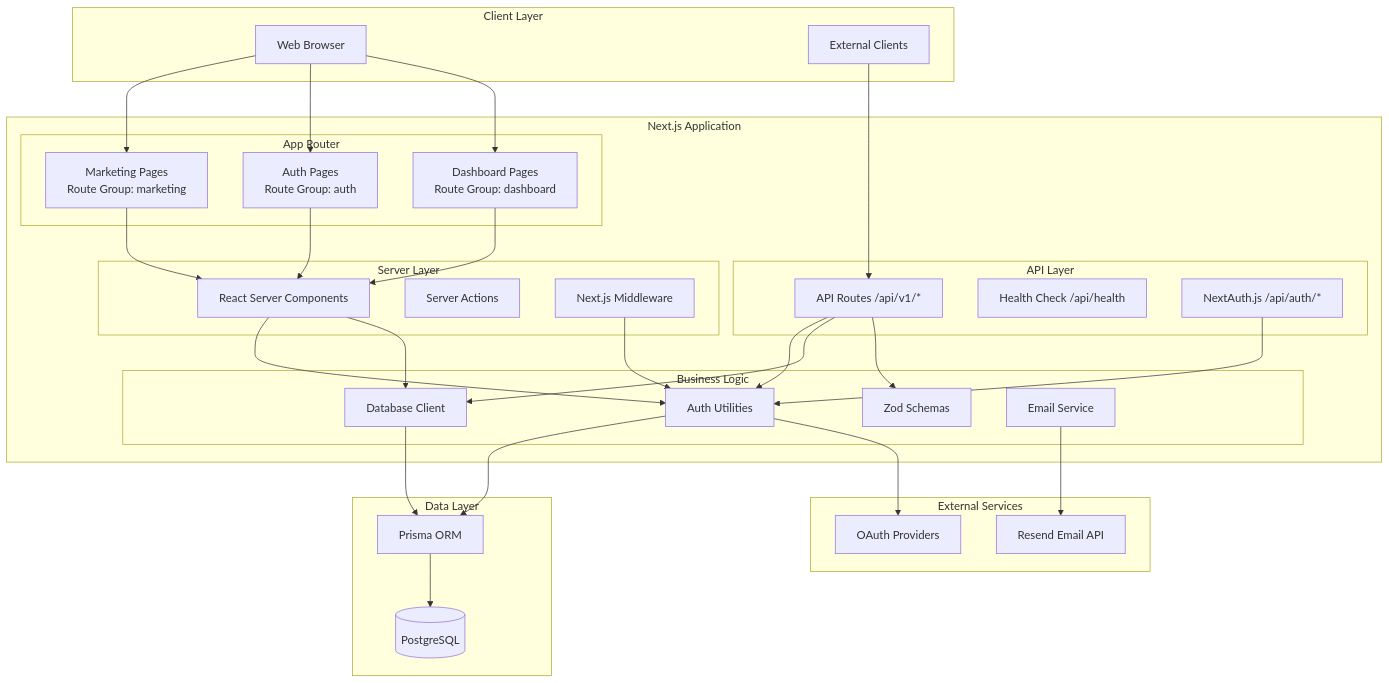
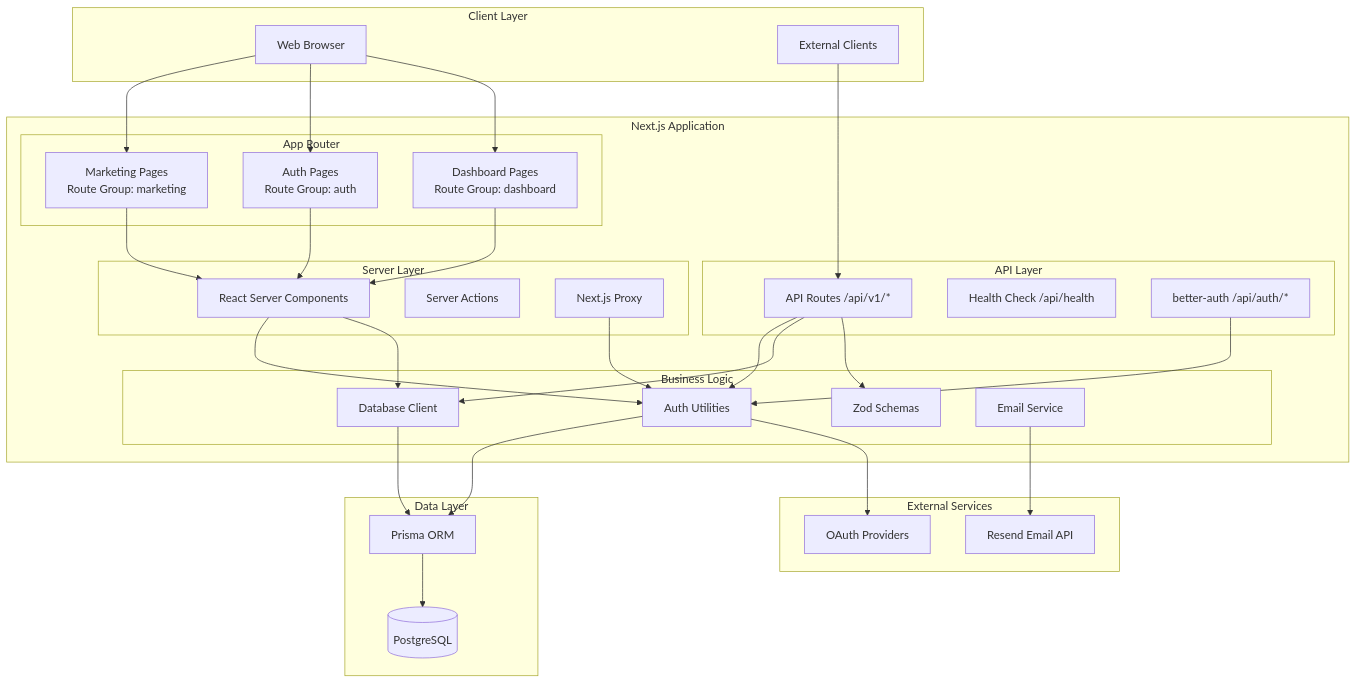
The first of 4 diagrams in .context/architecture/overview.md (human-centric-engineering/sunrise), drawn with Mermaid before and after one commit. The commit also changed other lines of this file and 3 other files, not shown here.

First line of the commit message:
docs: update context substrate for Next.js 16 and better-auth

````diff
--- a/.context/architecture/overview.md
+++ b/.context/architecture/overview.md
@@ -9,69 +9,69 @@
 ```mermaid
 graph TB
     subgraph "Client Layer"
         Browser[Web Browser]
         External[External Clients]
     end
 
     subgraph "Next.js Application"
         subgraph "App Router"
             Marketing[Marketing Pages<br/>Route Group: marketing]
             Auth[Auth Pages<br/>Route Group: auth]
             Dashboard[Dashboard Pages<br/>Route Group: dashboard]
         end
 
         subgraph "API Layer"
             API[API Routes /api/v1/*]
             Health[Health Check /api/health]
-            AuthAPI[NextAuth.js /api/auth/*]
+            AuthAPI[better-auth /api/auth/*]
         end
 
         subgraph "Server Layer"
             ServerComponents[React Server Components]
             ServerActions[Server Actions]
-            Middleware[Next.js Middleware]
+            Proxy[Next.js Proxy]
         end
 
         subgraph "Business Logic"
             AuthLib[Auth Utilities]
             DBLib[Database Client]
             Validation[Zod Schemas]
             Email[Email Service]
         end
     end
 
     subgraph "Data Layer"
         Prisma[Prisma ORM]
         PostgreSQL[(PostgreSQL)]
     end
 
     subgraph "External Services"
         Resend[Resend Email API]
         OAuth[OAuth Providers]
     end
 
     Browser --> Marketing
     Browser --> Auth
     Browser --> Dashboard
     External --> API
 
     Marketing --> ServerComponents
     Auth --> ServerComponents
     Dashboard --> ServerComponents
 
     ServerComponents --> AuthLib
     ServerComponents --> DBLib
     API --> AuthLib
     API --> DBLib
     API --> Validation
 
     AuthAPI --> AuthLib
-    Middleware --> AuthLib
+    Proxy --> AuthLib
 
     AuthLib --> Prisma
     DBLib --> Prisma
     Email --> Resend
     AuthLib --> OAuth
 
     Prisma --> PostgreSQL
 ```
````
